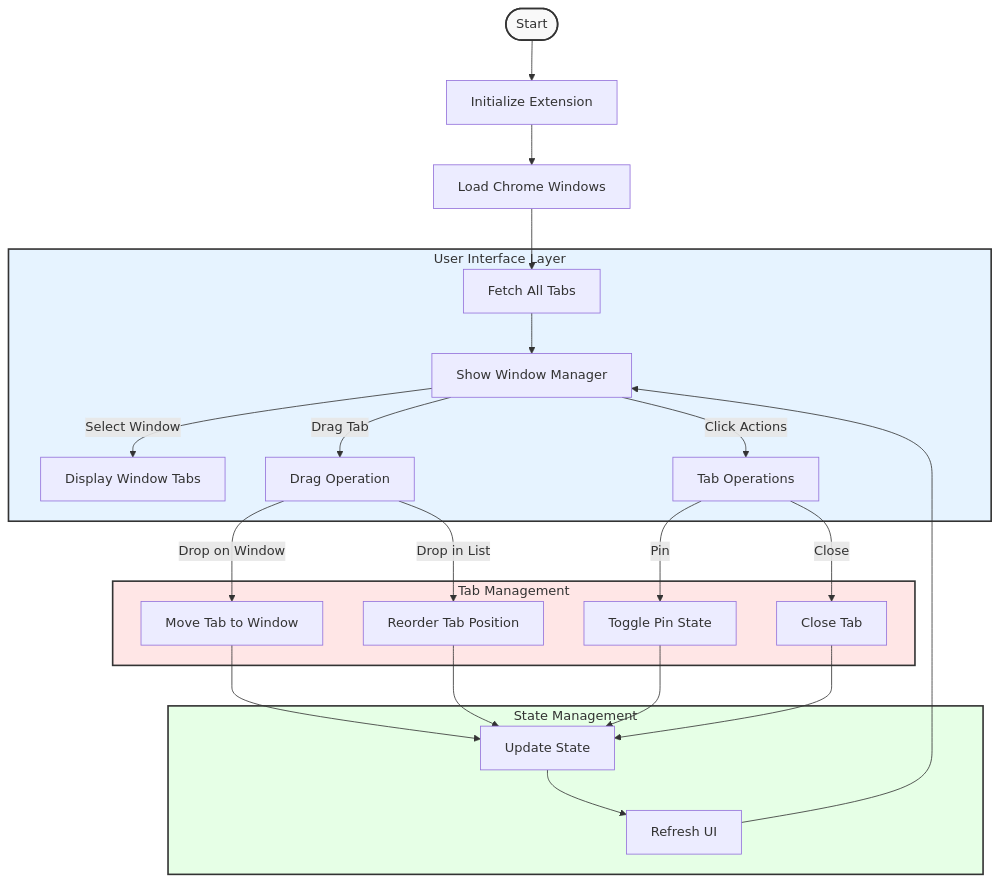
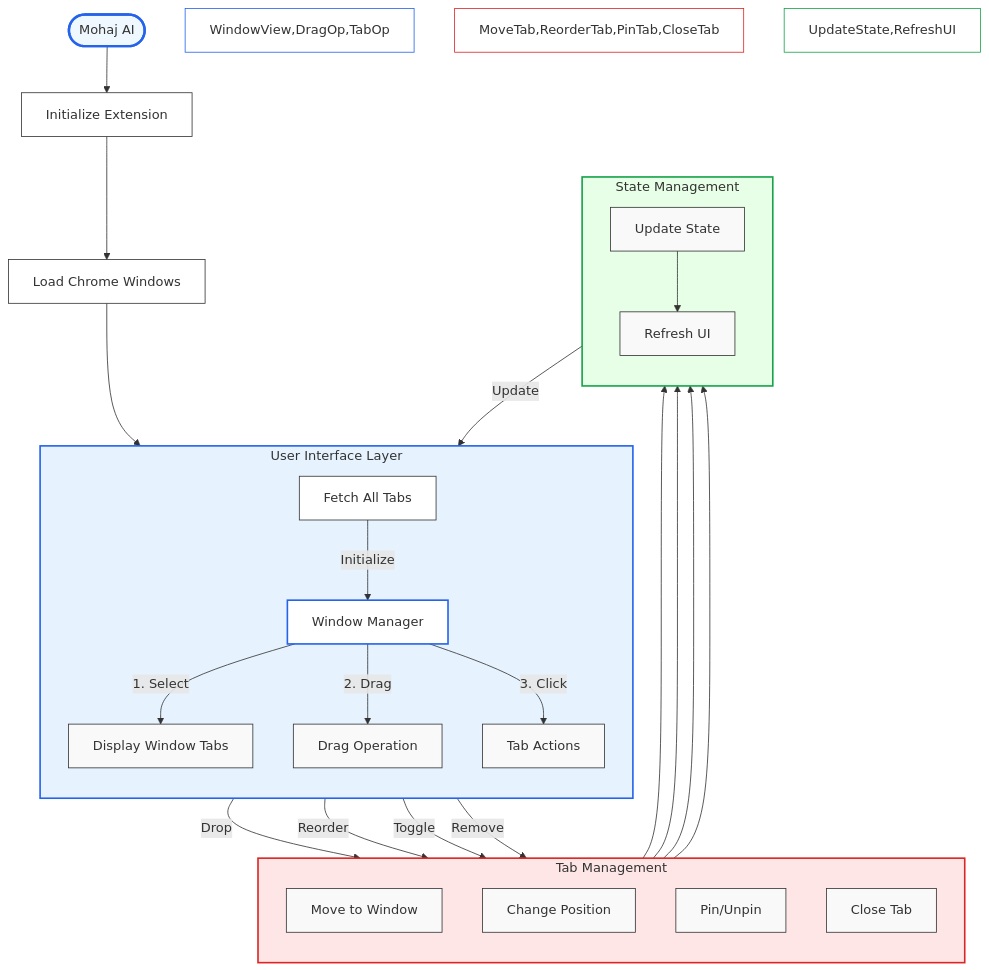
One commit to moelhaj996/AI-Powered-Tab-Manager-Organizer changed the diagram in README.md. Above: the diagram before and after it, drawn with Mermaid.

````diff
--- a/README.md
+++ b/README.md
@@ -5,34 +5,54 @@
 ```mermaid
 flowchart TD
-    Start([Start]) --> Init[Initialize Extension]
+    %% Initialization Process
+    Start([Mohaj AI]) --> Init[Initialize Extension]
     Init --> LoadWindows[Load Chrome Windows]
     LoadWindows --> LoadTabs[Fetch All Tabs]
     
-    subgraph User_Interface[User Interface Layer]
-        LoadTabs --> UI[Show Window Manager]
-        UI --> |Select Window| WindowView[Display Window Tabs]
-        UI --> |Drag Tab| DragOp[Drag Operation]
-        UI --> |Click Actions| TabOp[Tab Operations]
+    %% User Interface Layer with rounded edges
+    subgraph User_Interface[" User Interface Layer "]
+        direction TB
+        LoadTabs --> |Initialize| UI[Window Manager]
+        UI --> |"1. Select"| WindowView["Display Window Tabs"]
+        UI --> |"2. Drag"| DragOp["Drag Operation"]
+        UI --> |"3. Click"| TabOp["Tab Actions"]
     end
 
-    subgraph Tab_Operations[Tab Management]
-        DragOp --> |Drop on Window| MoveTab[Move Tab to Window]
-        DragOp --> |Drop in List| ReorderTab[Reorder Tab Position]
-        TabOp --> |Pin| PinTab[Toggle Pin State]
-        TabOp --> |Close| CloseTab[Close Tab]
+    %% Tab Operations with clear actions
+    subgraph Tab_Operations[" Tab Management "]
+        direction TB
+        DragOp --> |"Drop"| MoveTab["Move to Window"]
+        DragOp --> |"Reorder"| ReorderTab["Change Position"]
+        TabOp --> |"Toggle"| PinTab["Pin/Unpin"]
+        TabOp --> |"Remove"| CloseTab["Close Tab"]
     end
 
-    subgraph State_Updates[State Management]
-        MoveTab --> UpdateState[Update State]
-        ReorderTab --> UpdateState
-        PinTab --> UpdateState
-        CloseTab --> UpdateState
-        UpdateState --> RefreshUI[Refresh UI]
-        RefreshUI --> UI
+    %% State Management with feedback loop
+    subgraph State_Updates[" State Management "]
+        direction TB
+        MoveTab & ReorderTab & PinTab & CloseTab --> UpdateState["Update State"]
+        UpdateState --> RefreshUI["Refresh UI"]
+        RefreshUI --> |"Update"| UI
     end
 
-    style Start fill:#f9f9f9,stroke:#333,stroke-width:2px
-    style User_Interface fill:#e6f3ff,stroke:#333,stroke-width:2px
-    style Tab_Operations fill:#ffe6e6,stroke:#333,stroke-width:2px
-    style State_Updates fill:#e6ffe6,stroke:#333,stroke-width:2px
+    %% Styling
+    classDef default fill:#f9f9f9,stroke:#333,stroke-width:1px
+    classDef start fill:#f0f8ff,stroke:#2563eb,stroke-width:3px
+    classDef process fill:#ffffff,stroke:#333,stroke-width:1px
+    
+    class Start start
+    class Init,LoadWindows,LoadTabs process
+    
+    %% Subgraph styling
+    style User_Interface fill:#e6f3ff,stroke:#2563eb,stroke-width:2px
+    style Tab_Operations fill:#ffe6e6,stroke:#dc2626,stroke-width:2px
+    style State_Updates fill:#e6ffe6,stroke:#16a34a,stroke-width:2px
+    
+    %% Node styling
+    style UI fill:#ffffff,stroke:#2563eb,stroke-width:2px
+    style WindowView,DragOp,TabOp fill:#ffffff,stroke:#2563eb,stroke-width:1px
+    
+    style MoveTab,ReorderTab,PinTab,CloseTab fill:#ffffff,stroke:#dc2626,stroke-width:1px
+    
+    style UpdateState,RefreshUI fill:#ffffff,stroke:#16a34a,stroke-width:1px
 ```
````
